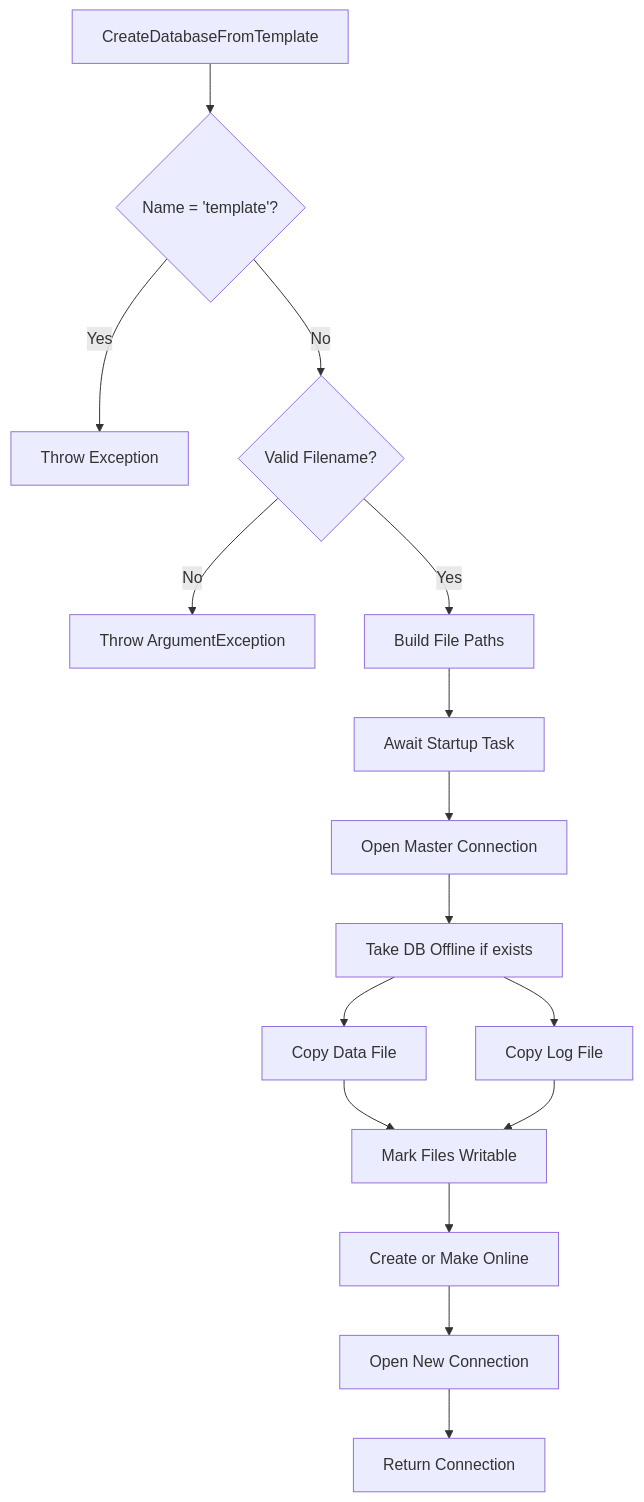
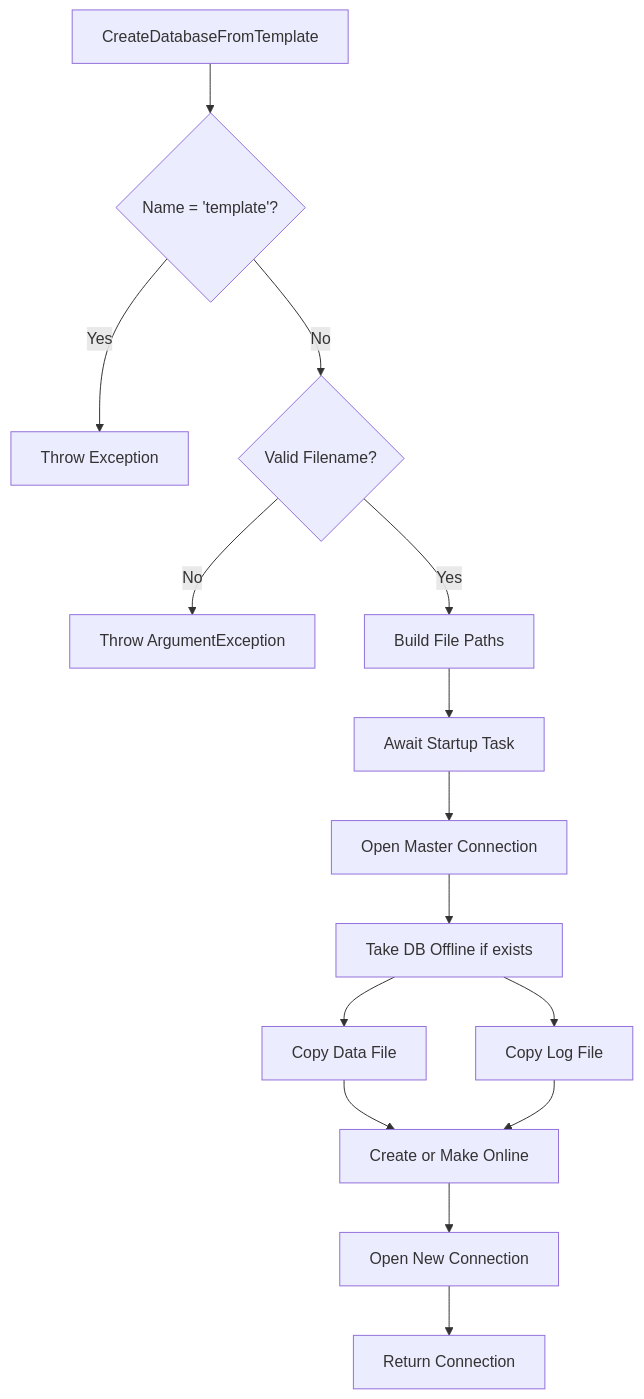
One commit to SimonCropp/LocalDb changed the third of 4 diagrams in docs/mdsource/workflow.md. Above: the diagram before and after it, drawn with Mermaid. The commit also changed other lines of this file, not shown here.

````diff
--- a/docs/mdsource/workflow.md
+++ b/docs/mdsource/workflow.md
@@ -74,18 +73,17 @@
 ```mermaid
 flowchart TD
     entry[CreateDatabaseFromTemplate] --> checkReservedName{Name = 'template'?}
     checkReservedName -->|Yes| throwReserved[Throw Exception]
     checkReservedName -->|No| checkValidName{Valid Filename?}
     checkValidName -->|No| throwInvalid[Throw ArgumentException]
     checkValidName -->|Yes| buildPaths[Build File Paths]
     buildPaths --> awaitStartup[Await Startup Task]
     awaitStartup --> openMaster[Open Master Connection]
     openMaster --> takeOffline[Take DB Offline if exists]
     takeOffline --> copyData[Copy Data File]
     takeOffline --> copyLog[Copy Log File]
-    copyData --> markWritable[Mark Files Writable]
-    copyLog --> markWritable
-    markWritable --> createOrOnline[Create or Make Online]
+    copyData --> createOrOnline[Create or Make Online]
+    copyLog --> createOrOnline
     createOrOnline --> openNewConn[Open New Connection]
     openNewConn --> returnConn[Return Connection]
 ```
````
